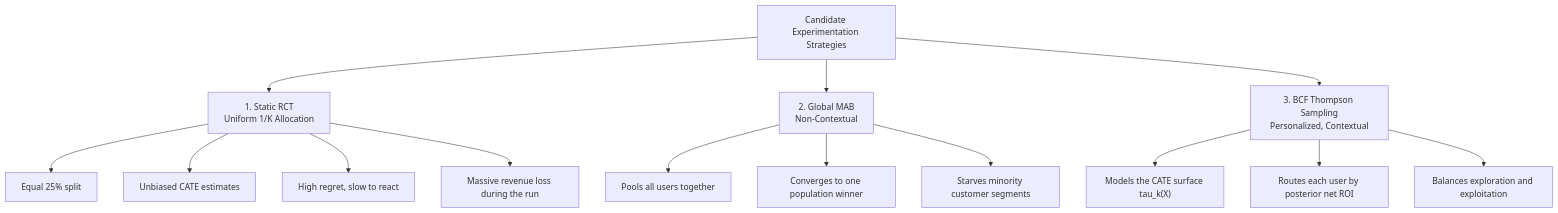
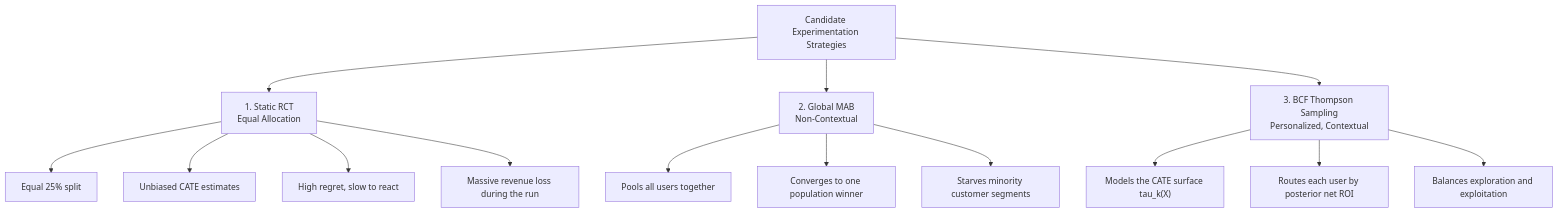
One commit to ignacio82/book changed the diagram in bad.qmd. Above: the diagram before and after it, drawn with Mermaid. The commit also changed other lines of this file and 10 other files, not shown here.

````diff
--- a/bad.qmd
+++ b/bad.qmd
@@ -96,20 +96,20 @@
 ```{mermaid}
 flowchart TD
     Start["Candidate Experimentation Strategies"]
-    Start --> RCT["1. Static RCT<br/>Uniform 1/K Allocation"]
+    Start --> RCT["1. Static RCT<br/>Equal Allocation"]
     Start --> MAB["2. Global MAB<br/>Non-Contextual"]
     Start --> BCF["3. BCF Thompson Sampling<br/>Personalized, Contextual"]
 
     RCT --> RCT1["Equal 25% split"]
     RCT --> RCT2["Unbiased CATE estimates"]
     RCT --> RCT3["High regret, slow to react"]
     RCT --> RCT4["Massive revenue loss during the run"]
 
     MAB --> MAB1["Pools all users together"]
     MAB --> MAB2["Converges to one population winner"]
     MAB --> MAB3["Starves minority customer segments"]
 
     BCF --> BCF1["Models the CATE surface tau_k(X)"]
     BCF --> BCF2["Routes each user by posterior net ROI"]
     BCF --> BCF3["Balances exploration and exploitation"]
 ```
````
